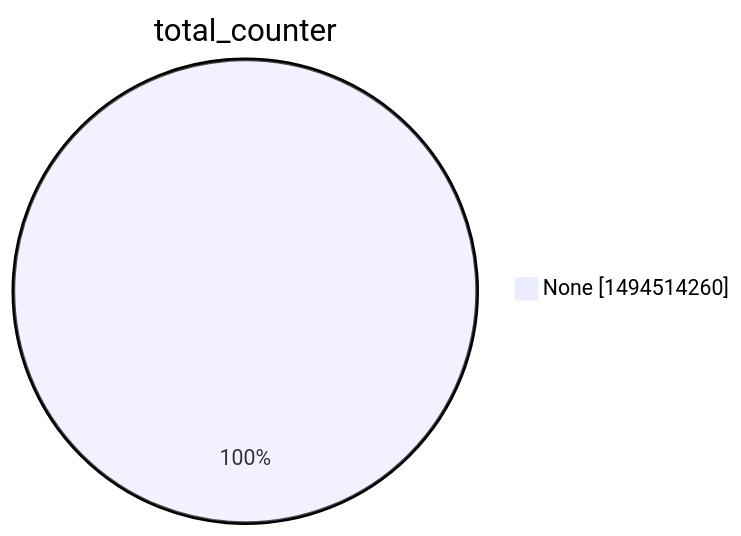
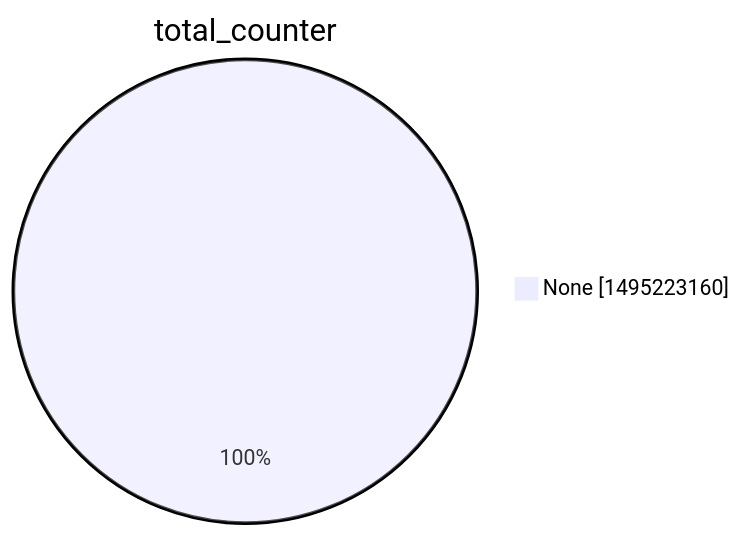
Before and after one commit to christiankrug/ctmonitor_visualization: the second of 15 diagrams in argon2022/README.md, drawn with Mermaid. The commit also changed other lines of this file, not shown here.

````diff
--- a/argon2022/README.md
+++ b/argon2022/README.md
@@ -9,5 +9,5 @@
 ```mermaid
 pie showData
 title total_counter
-"None" :1494514260
+"None" :1495223160
 ```
````
